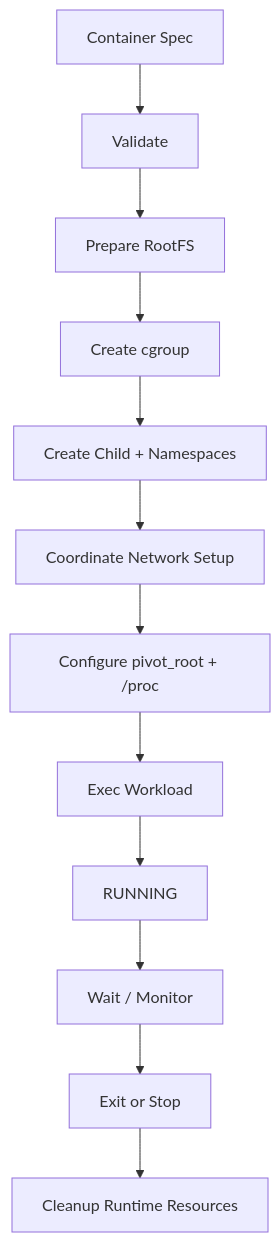
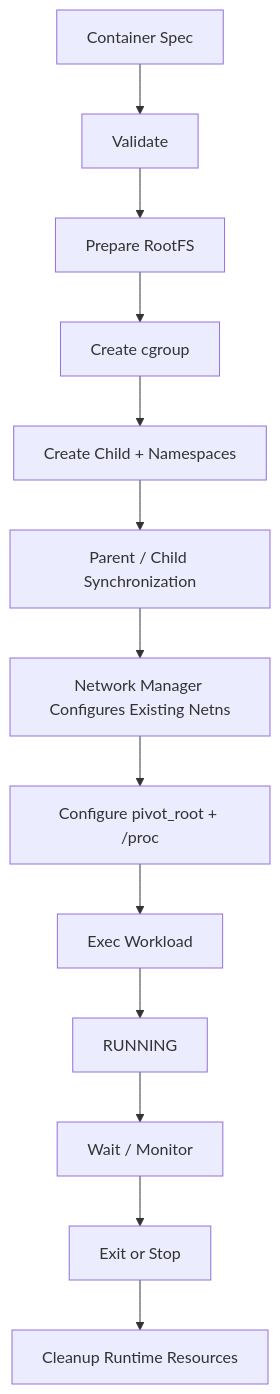
One commit to yamaankhan20/helixctl changed the first of 2 diagrams in docs/RUNTIME.md. Above: the diagram before and after it, drawn with Mermaid. The commit also changed other lines of this file and 8 other files, not shown here.

````diff
--- a/docs/RUNTIME.md
+++ b/docs/RUNTIME.md
@@ -1002,14 +1006,15 @@
 ```mermaid
 flowchart TD
     S[Container Spec] --> V[Validate]
     V --> RF[Prepare RootFS]
     RF --> CG[Create cgroup]
     CG --> NS[Create Child + Namespaces]
-    NS --> NW[Coordinate Network Setup]
+    NS --> SYNC[Parent / Child Synchronization]
+    SYNC --> NW[Network Manager Configures Existing Netns]
     NW --> PR[Configure pivot_root + /proc]
     PR --> EX[Exec Workload]
     EX --> RUN[RUNNING]
     RUN --> MON[Wait / Monitor]
     MON --> STOP[Exit or Stop]
     STOP --> CL[Cleanup Runtime Resources]
 ```
````
